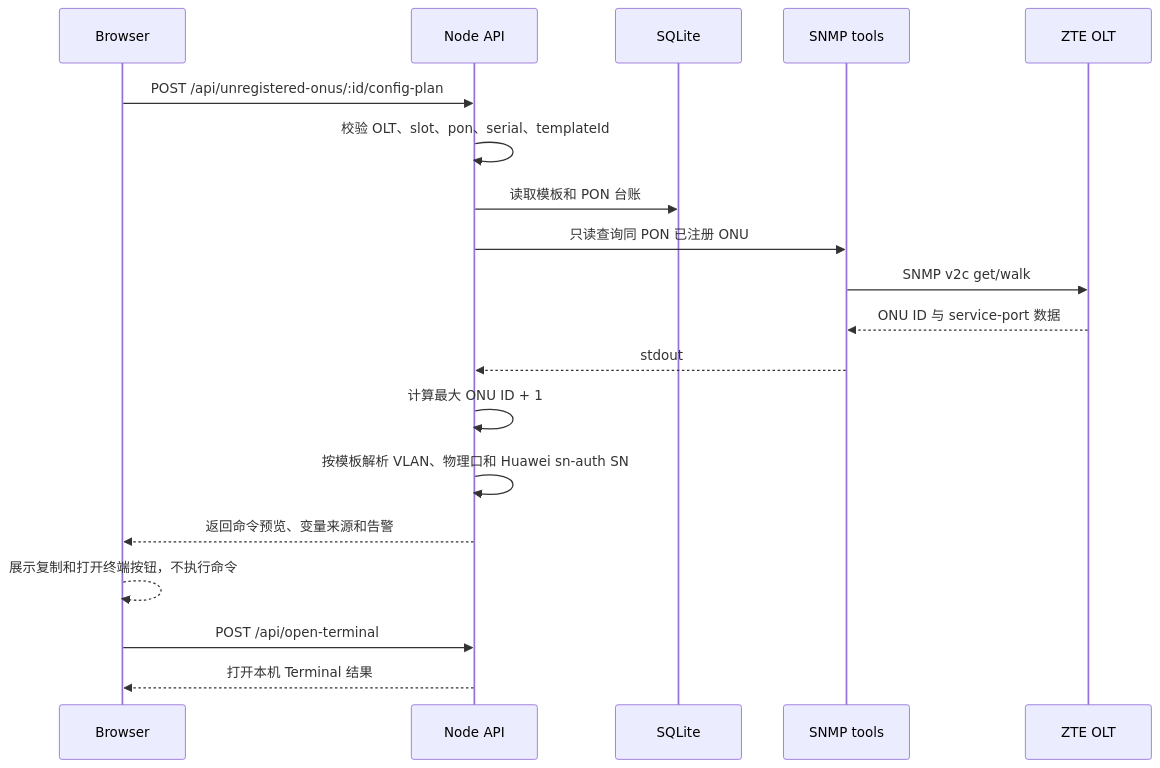
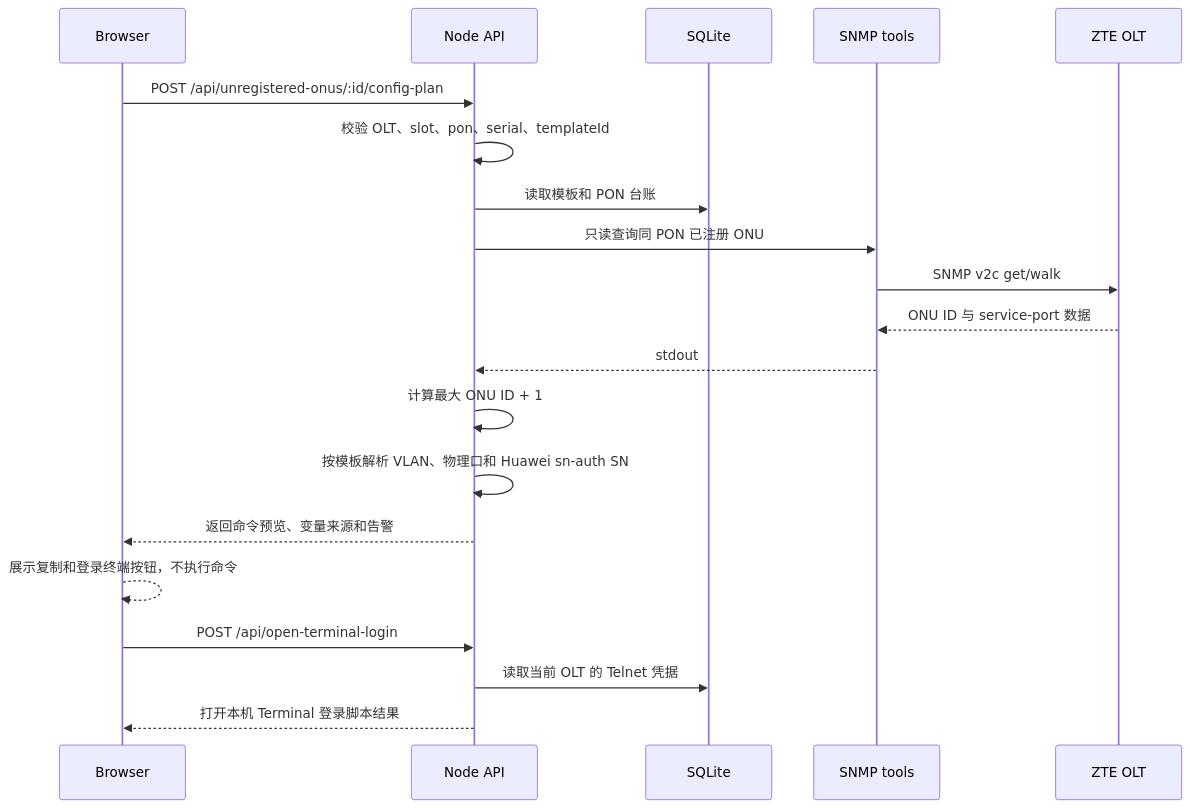
The fourth of 5 diagrams in docs/design/sequence.md (landvd/OLT-Manager), drawn with Mermaid before and after one commit. The commit also changed other lines of this file and 17 other files, not shown here.

Commit message:
feat: add terminal telnet login helper

````diff
--- a/docs/design/sequence.md
+++ b/docs/design/sequence.md
@@ -66,22 +66,23 @@
 ```mermaid
 sequenceDiagram
   participant Browser as Browser
   participant API as Node API
   participant DB as SQLite
   participant SNMP as SNMP tools
   participant OLT as ZTE OLT
 
   Browser->>API: POST /api/unregistered-onus/:id/config-plan
   API->>API: 校验 OLT、slot、pon、serial、templateId
   API->>DB: 读取模板和 PON 台账
   API->>SNMP: 只读查询同 PON 已注册 ONU
   SNMP->>OLT: SNMP v2c get/walk
   OLT-->>SNMP: ONU ID 与 service-port 数据
   SNMP-->>API: stdout
   API->>API: 计算最大 ONU ID + 1
   API->>API: 按模板解析 VLAN、物理口和 Huawei sn-auth SN
   API-->>Browser: 返回命令预览、变量来源和告警
-  Browser-->>Browser: 展示复制和打开终端按钮，不执行命令
-  Browser->>API: POST /api/open-terminal
-  API-->>Browser: 打开本机 Terminal 结果
+  Browser-->>Browser: 展示复制和登录终端按钮，不执行命令
+  Browser->>API: POST /api/open-terminal-login
+  API->>DB: 读取当前 OLT 的 Telnet 凭据
+  API-->>Browser: 打开本机 Terminal 登录脚本结果
 ```
````
